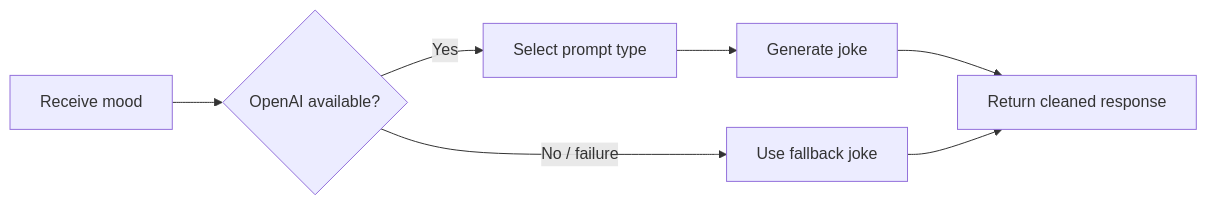
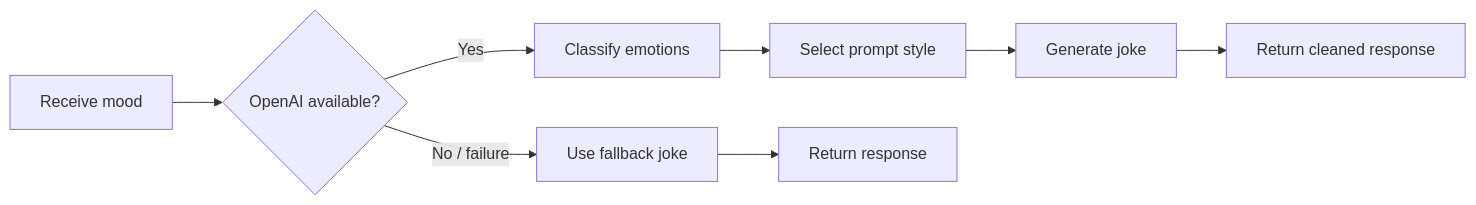
Before and after one commit to anushaRUSC/comedy-generator: the second of 3 diagrams in README.md, drawn with Mermaid. The commit also changed other lines of this file, not shown here.

Commit message:
Update README for emotion analysis flow

````diff
--- a/README.md
+++ b/README.md
@@ -30,9 +32,10 @@
 ```mermaid
 flowchart LR
     A[Receive mood] --> B{OpenAI available?}
-    B -- Yes --> C[Select prompt type]
-    C --> D[Generate joke]
-    D --> E[Return cleaned response]
-    B -- No / failure --> F[Use fallback joke]
-    F --> E
+    B -- Yes --> C[Classify emotions]
+    C --> D[Select prompt style]
+    D --> E[Generate joke]
+    E --> F[Return cleaned response]
+    B -- No / failure --> G[Use fallback joke]
+    G --> H[Return response]
 ```
````
